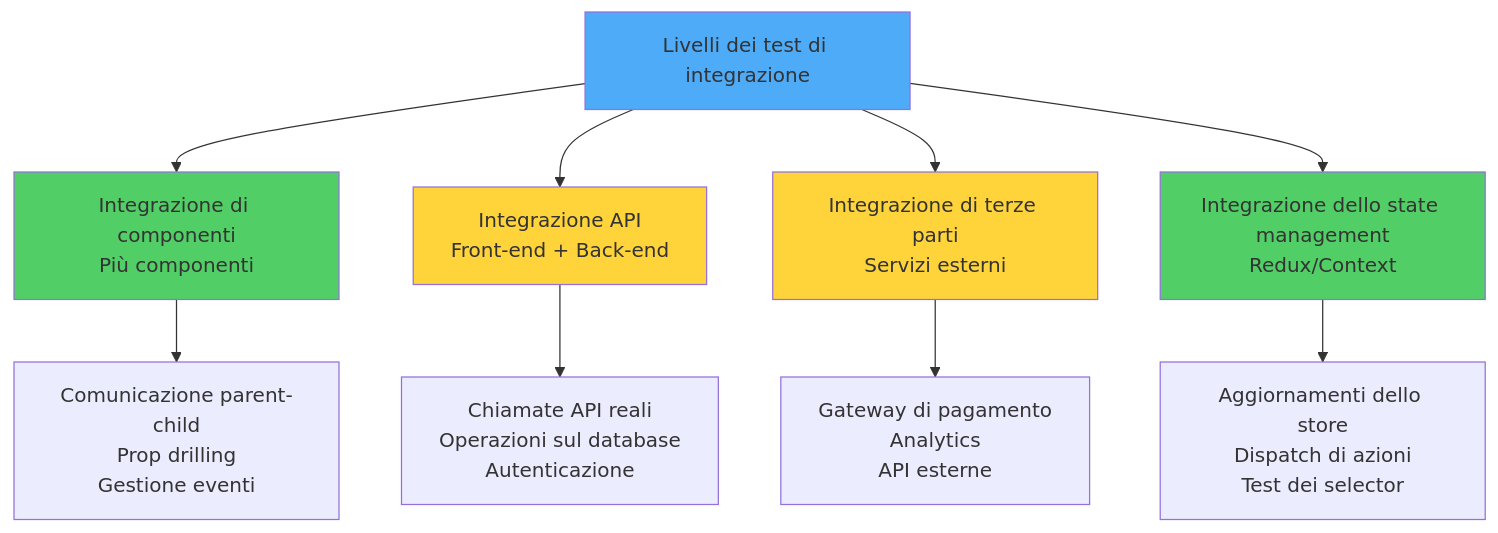
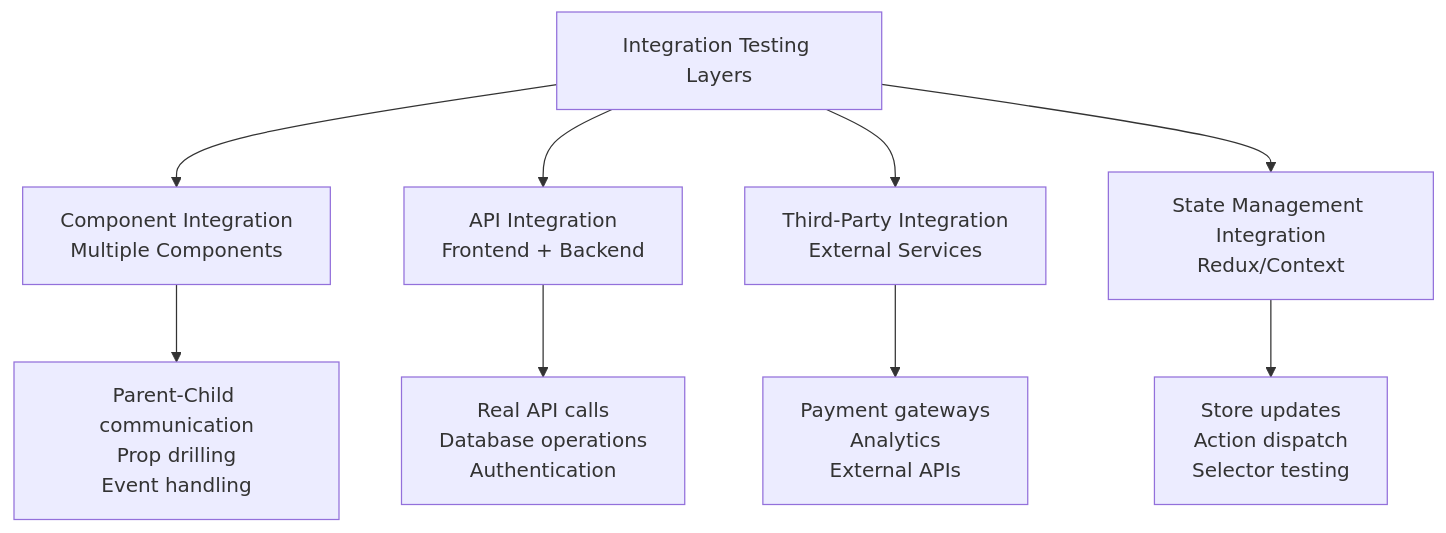
The seventh of 10 diagrams in arguments/chapters/it/10-testing.md (BabaScience/react-guides), drawn with Mermaid before and after one commit. The commit also changed other lines of this file and 29 other files, not shown here.

First line of the commit message:
Bring React FR/IT translations to full English parity + theme-safe diagrams

````diff
--- a/arguments/chapters/it/10-testing.md
+++ b/arguments/chapters/it/10-testing.md
@@ -264,18 +1555,13 @@
 ```mermaid
 graph TD
-    A[Livelli dei test di integrazione] --> B[Integrazione di componenti<br/>Più componenti]
-    A --> C[Integrazione API<br/>Front-end + Back-end]
-    A --> D[Integrazione di terze parti<br/>Servizi esterni]
-    A --> E[Integrazione dello state management<br/>Redux/Context]
-
-    B --> B1[Comunicazione parent-child<br/>Prop drilling<br/>Gestione eventi]
-    C --> C1[Chiamate API reali<br/>Operazioni sul database<br/>Autenticazione]
-    D --> D1[Gateway di pagamento<br/>Analytics<br/>API esterne]
-    E --> E1[Aggiornamenti dello store<br/>Dispatch di azioni<br/>Test dei selector]
-
-    style A fill:#4dabf7
-    style B fill:#51cf66
-    style C fill:#ffd43b
-    style D fill:#ffd43b
-    style E fill:#51cf66
+    A[Integration Testing Layers] --> B[Component Integration<br/>Multiple Components]
+    A --> C[API Integration<br/>Frontend + Backend]
+    A --> D[Third-Party Integration<br/>External Services]
+    A --> E[State Management Integration<br/>Redux/Context]
+    
+    B --> B1[Parent-Child communication<br/>Prop drilling<br/>Event handling]
+    C --> C1[Real API calls<br/>Database operations<br/>Authentication]
+    D --> D1[Payment gateways<br/>Analytics<br/>External APIs]
+    E --> E1[Store updates<br/>Action dispatch<br/>Selector testing]
+    
 ```
````
